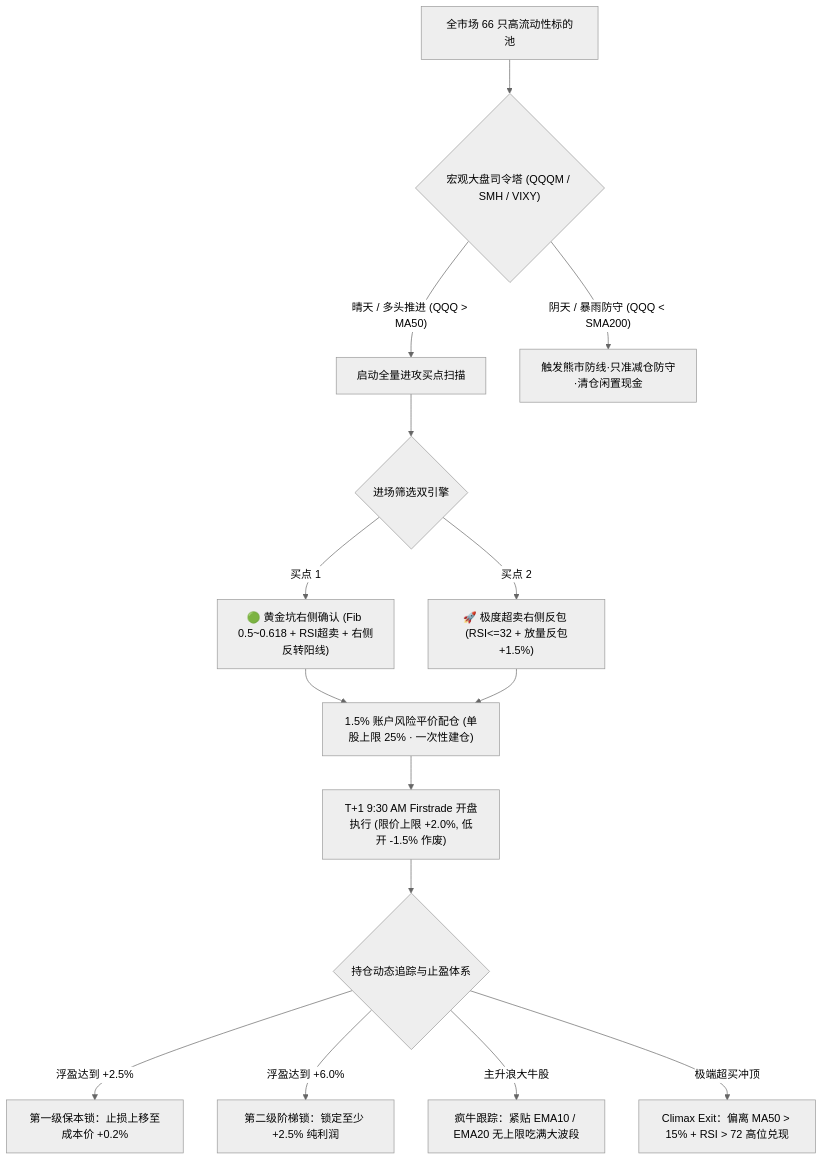
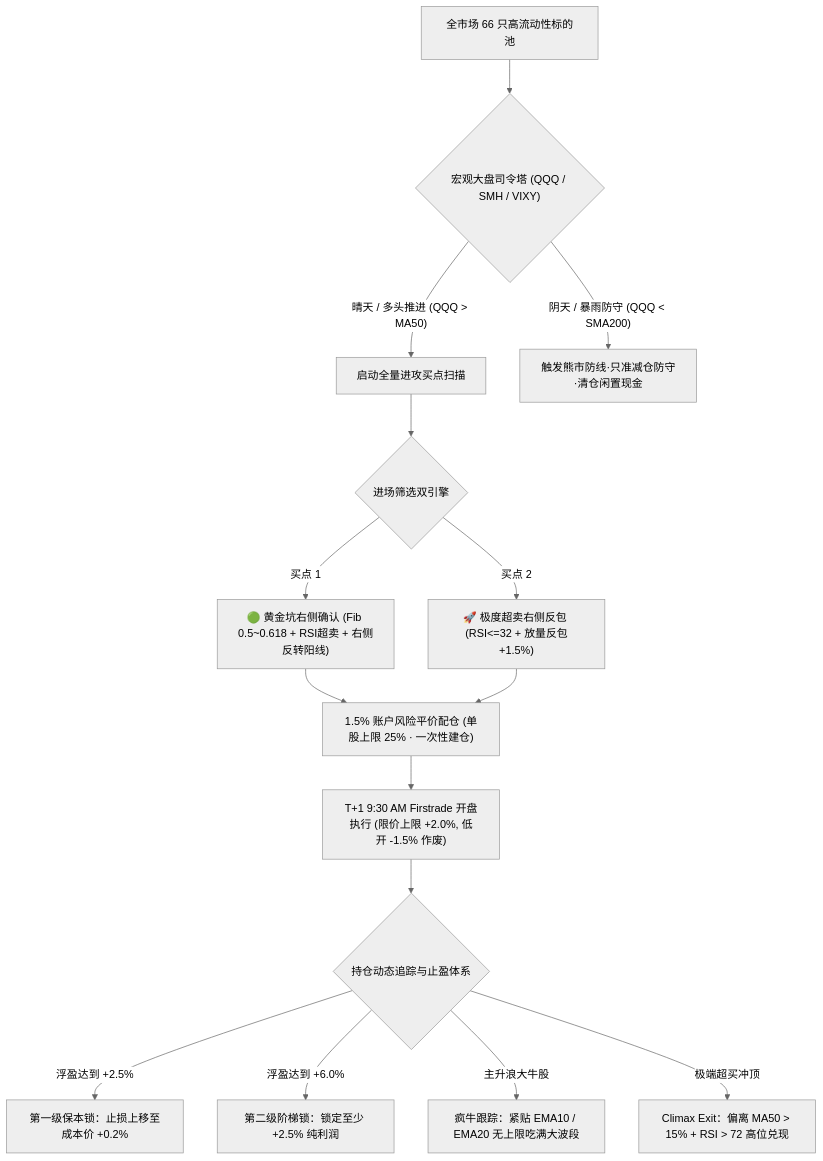
One commit to 2827173579/us-market-radar changed the first of 3 diagrams in v31_quantitative_strategy_master_report.md. Above: the diagram before and after it, drawn with Mermaid (neutral theme). The commit also changed other lines of this file and 45 other files, not shown here.

First line of the commit message:
feat: migrate benchmark QQQM->QQQ across radar & AI 5Y, fix top_long ranking, refresh dashboards

````diff
--- a/v31_quantitative_strategy_master_report.md
+++ b/v31_quantitative_strategy_master_report.md
@@ -16,19 +16,19 @@
 ```mermaid
 flowchart TD
-    A["全市场 66 只高流动性标的池"] --> B{"宏观大盘司令塔 (QQQM / SMH / VIXY)"}
+    A["全市场 66 只高流动性标的池"] --> B{"宏观大盘司令塔 (QQQ / SMH / VIXY)"}
     B -- "晴天 / 多头推进 (QQQ > MA50)" --> C["启动全量进攻买点扫描"]
     B -- "阴天 / 暴雨防守 (QQQ < SMA200)" --> D["触发熊市防线·只准减仓防守·清仓闲置现金"]
     
     C --> E{"进场筛选双引擎"}
     E -->|买点 1| F["🟢 黄金坑右侧确认 (Fib 0.5~0.618 + RSI超卖 + 右侧反转阳线)"]
     E -->|买点 2| G["🚀 极度超卖右侧反包 (RSI<=32 + 放量反包+1.5%)"]
     
     F & G --> H["1.5% 账户风险平价配仓 (单股上限 25% · 一次性建仓)"]
     H --> I["T+1 9:30 AM Firstrade 开盘执行 (限价上限 +2.0%, 低开 -1.5% 作废)"]
     
     I --> J{"持仓动态追踪与止盈体系"}
     J -->|浮盈达到 +2.5%| K["第一级保本锁：止损上移至成本价 +0.2%"]
     J -->|浮盈达到 +6.0%| L["第二级阶梯锁：锁定至少 +2.5% 纯利润"]
     J -->|主升浪大牛股| M["疯牛跟踪：紧贴 EMA10 / EMA20 无上限吃满大波段"]
     J -->|极端超买冲顶| N["Climax Exit：偏离 MA50 > 15% + RSI > 72 高位兑现"]
 ```
````
